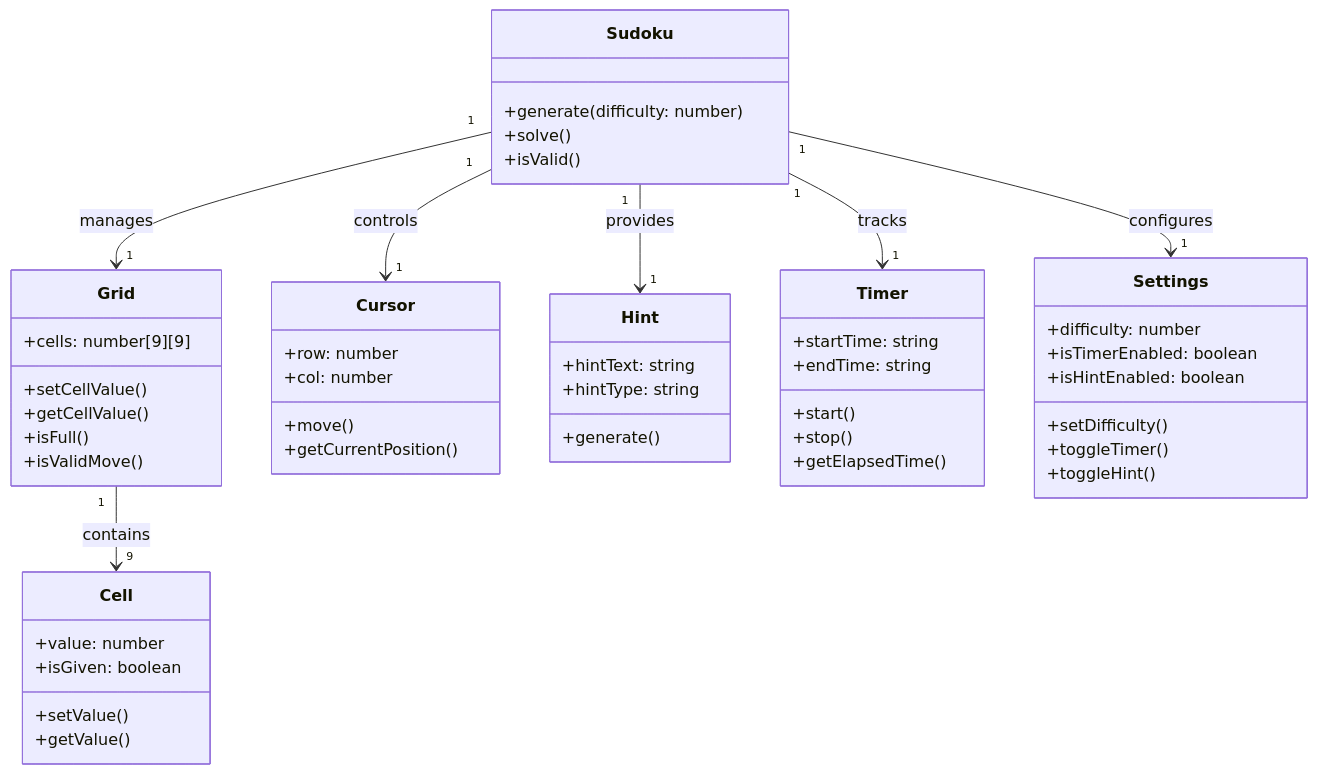
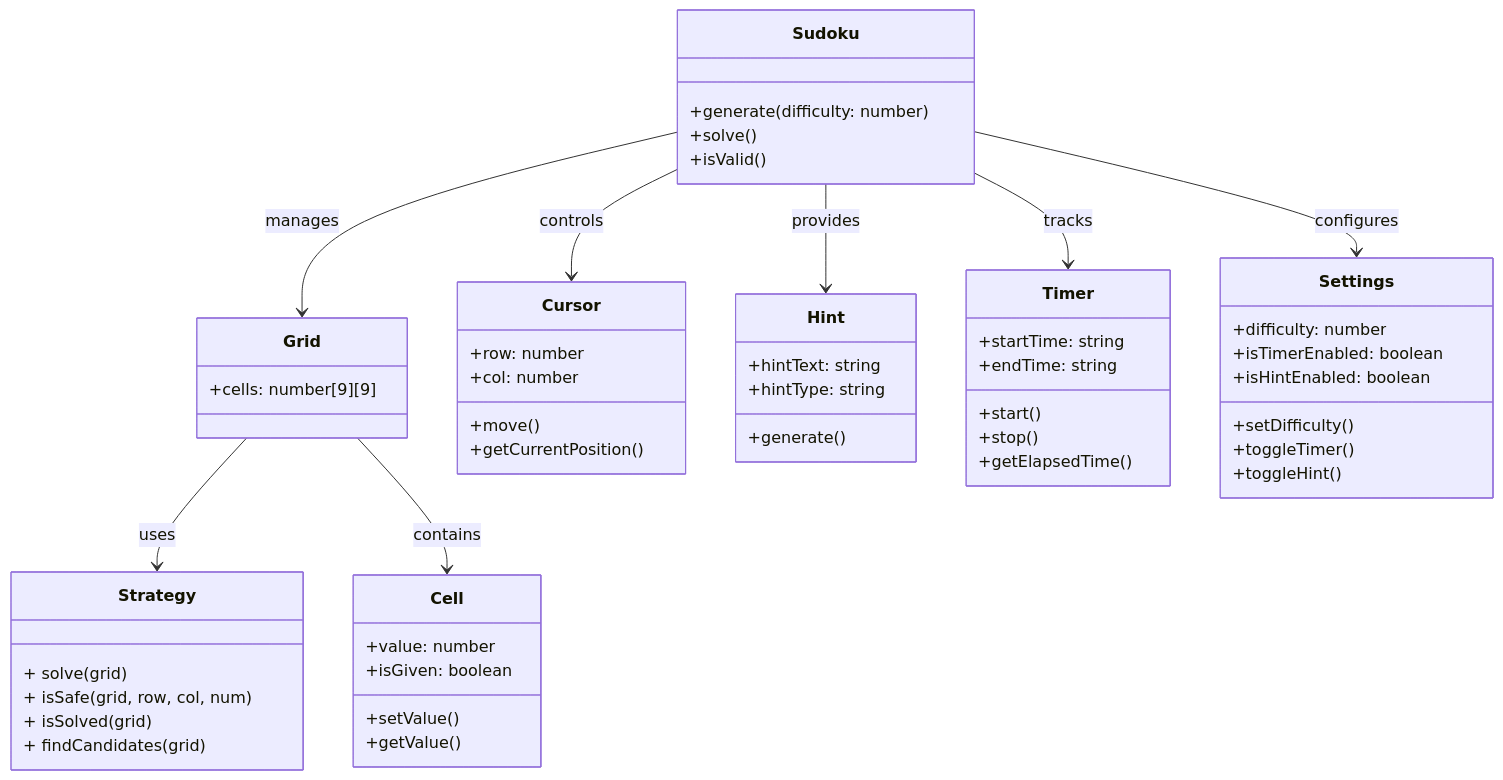
One commit to ATYXXA/Sudoku-Homework changed the second of 5 diagrams in 项目报告.md. Above: the diagram before and after it, drawn with Mermaid. The commit also changed other lines of this file and 4 other files, not shown here.

````diff
--- a/项目报告.md
+++ b/项目报告.md
@@ -132,60 +133,64 @@
 ```mermaid
 classDiagram
     class Sudoku {
         +generate(difficulty: number)
         +solve()
         +isValid()
     }
     
     class Grid {
     +cells: number[9][9]
-    +setCellValue()
-    +getCellValue()
-    +isFull()
-    +isValidMove()
 }
 
 class Cell {
     +value: number
     +isGiven: boolean
     +setValue()
     +getValue()
 }
 
 class Cursor {
     +row: number
     +col: number
     +move()
     +getCurrentPosition()
 }
 
 class Hint {
     +hintText: string
     +hintType: string
     +generate()
 }
 
 class Timer {
     +startTime: string
     +endTime: string
     +start()
     +stop()
     +getElapsedTime()
 }
 
 class Settings {
     +difficulty: number
     +isTimerEnabled: boolean
     +isHintEnabled: boolean
     +setDifficulty()
     +toggleTimer()
     +toggleHint()
 }
 
-Sudoku "1" --> "1" Grid : manages
-Grid "1" --> "9" Cell : contains
-Sudoku "1" --> "1" Cursor : controls
-Sudoku "1" --> "1" Timer : tracks
-Sudoku "1" --> "1" Hint : provides
-Sudoku "1" --> "1" Settings : configures
+class Strategy {
+        + solve(grid)
+        + isSafe(grid, row, col, num)
+        + isSolved(grid)
+        + findCandidates(grid)
+}
+
+Sudoku --> Grid : manages
+Grid --> Strategy : uses
+Grid --> Cell : contains
+Sudoku --> Cursor : controls
+Sudoku --> Timer : tracks
+Sudoku --> Hint : provides
+Sudoku --> Settings : configures
 ```
````
